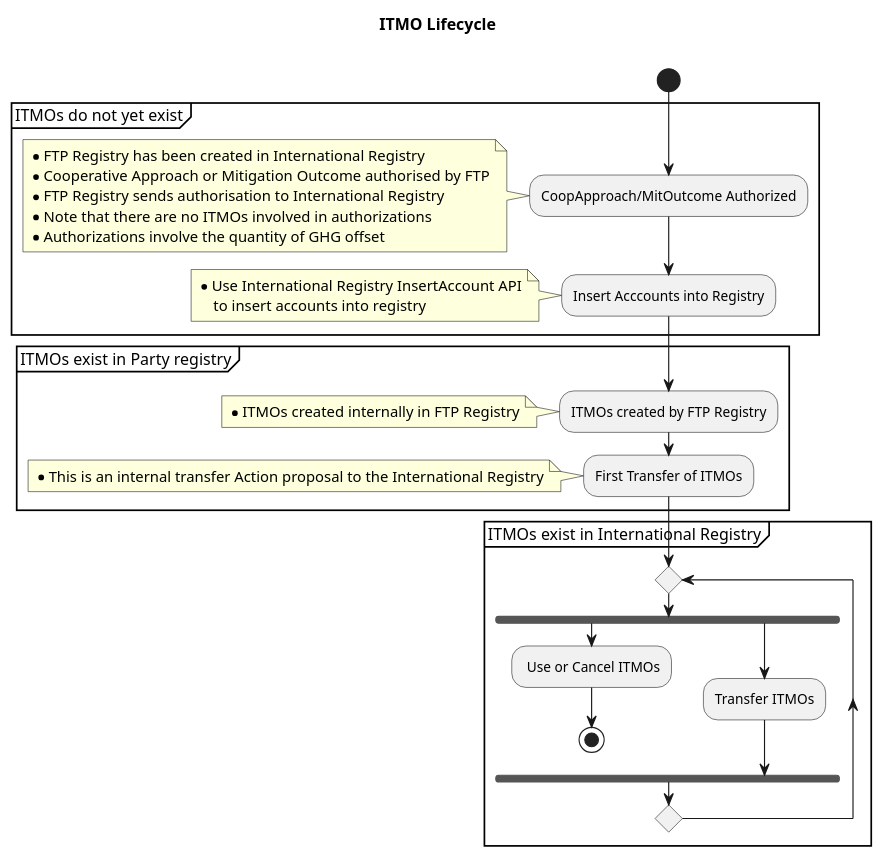
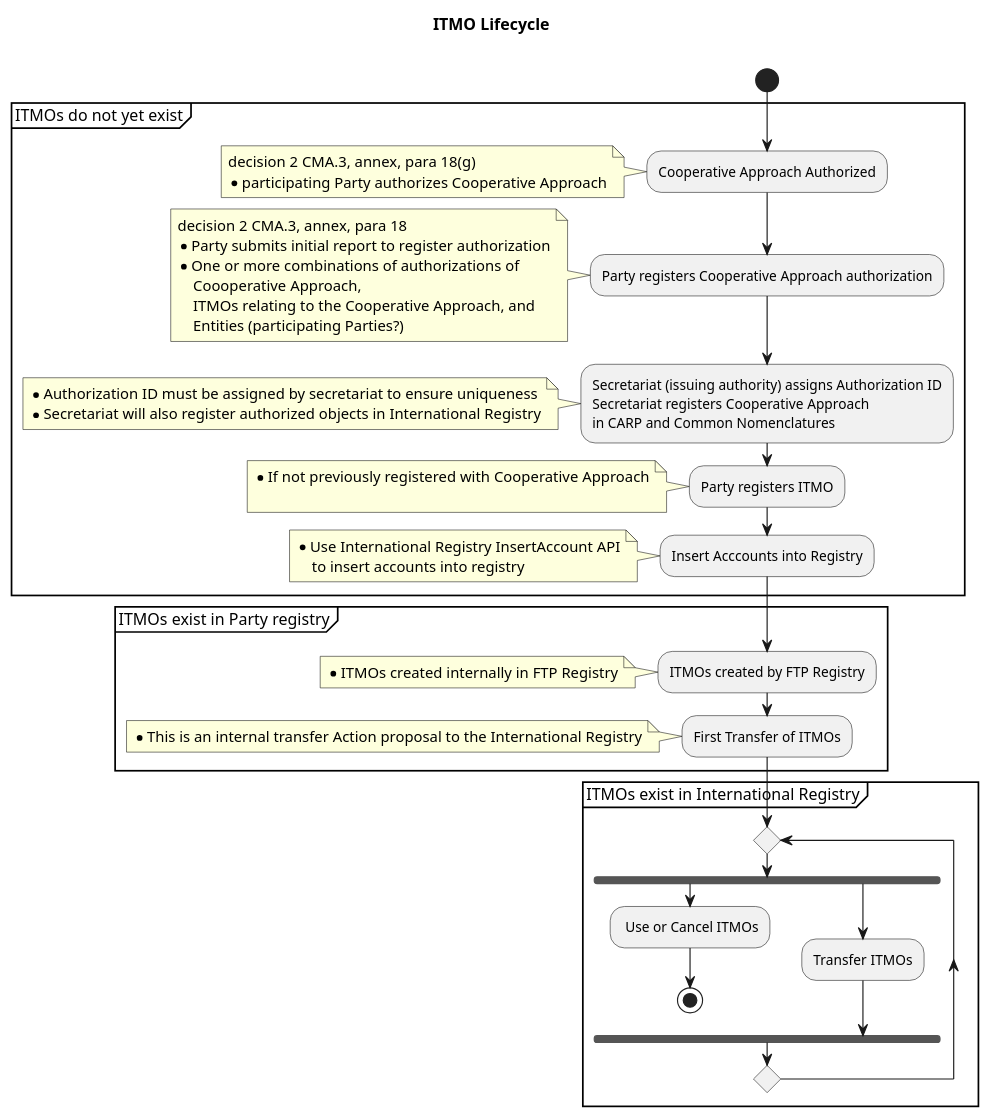
Before and after one commit to frankcnng/CARP: the diagram in diagrams/ITMO Lifecycle Activity.puml, drawn with PlantUML.

Commit message:
Update ITMO Lifecycle Activity.puml
major changes to first part of diagram

```diff
--- a/diagrams/ITMO Lifecycle Activity.puml
+++ b/diagrams/ITMO Lifecycle Activity.puml
@@ -1,59 +1,80 @@
 @startuml
 
 title ITMO Lifecycle \n
 
 start
 
 partition ITMOs do not yet exist {
     
-    :CoopApproach/MitOutcome Authorized;
+    :Cooperative Approach Authorized;
+      note left
+        decision 2 CMA.3, annex, para 18(g)
+        * participating Party authorizes Cooperative Approach
+      end note
+  
+    :Party registers Cooperative Approach authorization;
+      note left
+        decision 2 CMA.3, annex, para 18
+        * Party submits initial report to register authorization
+        * One or more combinations of authorizations of
+            Coooperative Approach,
+            ITMOs relating to the Cooperative Approach, and
+            Entities (participating Parties?)
+      end note
+  
+    :Secretariat (issuing authority) assigns Authorization ID
+    Secretariat registers Cooperative Approach
+    in CARP and Common Nomenclatures;
+      note left
+        * Authorization ID must be assigned by secretariat to ensure uniqueness
+        * Secretariat will also register authorized objects in International Registry
+      end note
+    
+    :Party registers ITMO;
     
     note left
-        * FTP Registry has been created in International Registry
-        * Cooperative Approach or Mitigation Outcome authorised by FTP
-        * FTP Registry sends authorisation to International Registry
-        * Note that there are no ITMOs involved in authorizations
-        * Authorizations involve the quantity of GHG offset
+        * If not previously registered with Cooperative Approach
+
     end note
     
     :Insert Acccounts into Registry;
     
     note left
         * Use International Registry InsertAccount API
             to insert accounts into registry
     end note
     
     }
 
 partition ITMOs exist in Party registry {
     
     :ITMOs created by FTP Registry;
     
     note left
         * ITMOs created internally in FTP Registry
     end note
     
     :First Transfer of ITMOs;
     
     note left
         * This is an internal transfer Action proposal to the International Registry
     end note
     
 }
 
 partition ITMOs exist in International Registry {
     
     repeat
     
         fork
             : Use or Cancel ITMOs;
             stop
         fork again
             :Transfer ITMOs;
         end fork
         
     repeat while ()
     
 }
 
 @enduml
```
